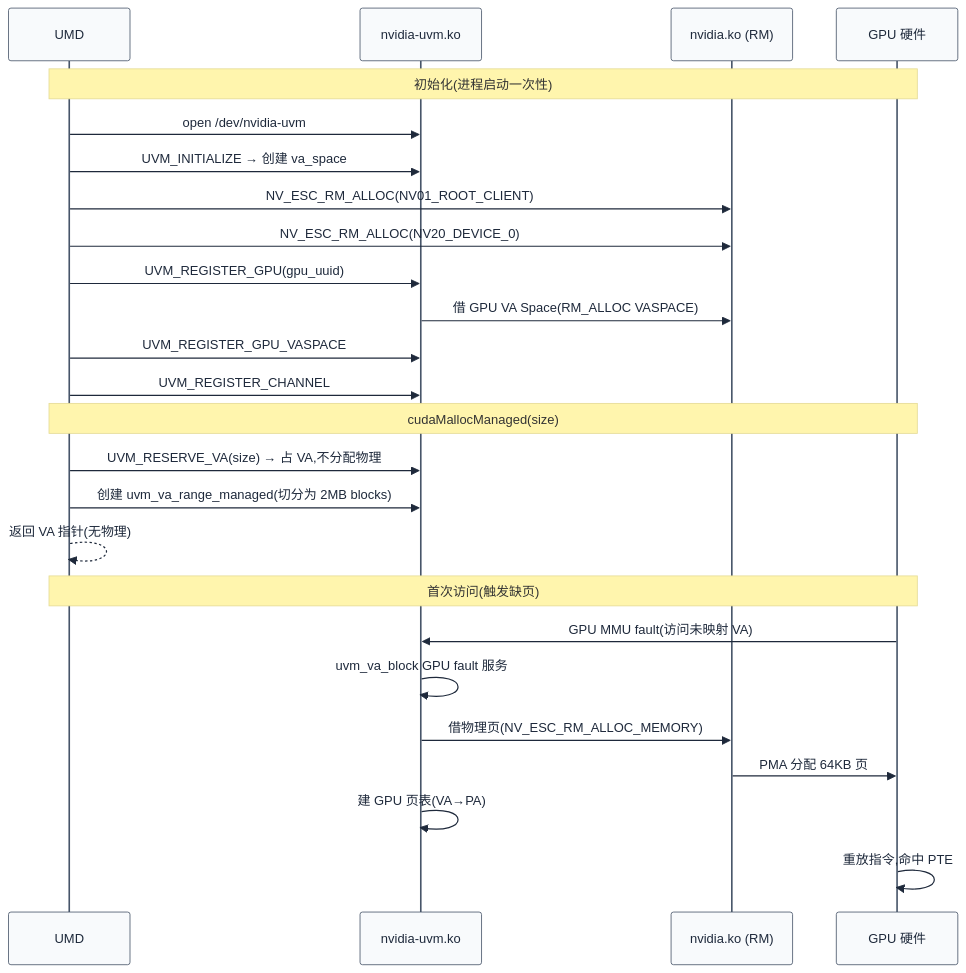
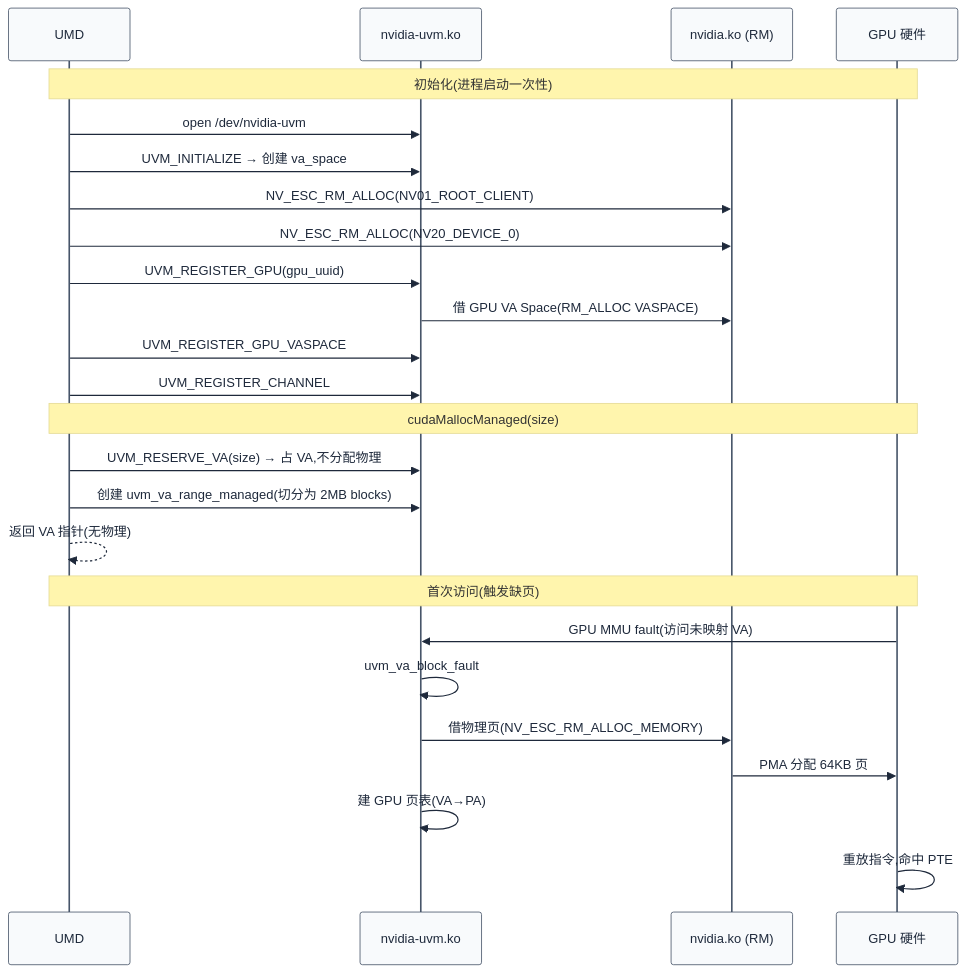
The third of 3 diagrams in nvidia-kmd/08-统一内存UVM.md (swjtuer326/cs-learning-notes), drawn with Mermaid before and after one commit. The commit also changed other lines of this file and 4 other files, not shown here.

````diff
--- a/nvidia-kmd/08-统一内存UVM.md
+++ b/nvidia-kmd/08-统一内存UVM.md
@@ -893,31 +893,31 @@
 ```mermaid
 %%{init: {"theme": "base", "themeVariables": {"primaryColor": "#f8fafc", "primaryTextColor": "#1e293b", "primaryBorderColor": "#475569", "lineColor": "#64748b", "secondaryColor": "#f1f5f9", "secondaryBorderColor": "#94a3b8", "tertiaryColor": "#f8fafc", "fontFamily": "\"trebuchet ms\", verdana, arial, sans-serif"}}}%%
 sequenceDiagram
     participant U as UMD
     participant K as nvidia-uvm.ko
     participant R as nvidia.ko (RM)
     participant HW as GPU 硬件
 
     Note over U,HW: 初始化(进程启动一次性)
     U->>K: open /dev/nvidia-uvm
     U->>K: UVM_INITIALIZE → 创建 va_space
     U->>R: NV_ESC_RM_ALLOC(NV01_ROOT_CLIENT)
     U->>R: NV_ESC_RM_ALLOC(NV20_DEVICE_0)
     U->>K: UVM_REGISTER_GPU(gpu_uuid)
     K->>R: 借 GPU VA Space(RM_ALLOC VASPACE)
     U->>K: UVM_REGISTER_GPU_VASPACE
     U->>K: UVM_REGISTER_CHANNEL
 
     Note over U,HW: cudaMallocManaged(size)
     U->>K: UVM_RESERVE_VA(size) → 占 VA,不分配物理
     U->>K: 创建 uvm_va_range_managed(切分为 2MB blocks)
     U-->>U: 返回 VA 指针(无物理)
 
     Note over U,HW: 首次访问(触发缺页)
     HW->>K: GPU MMU fault(访问未映射 VA)
-    K->>K: uvm_va_block GPU fault 服务
+    K->>K: uvm_va_block_fault
     K->>R: 借物理页(NV_ESC_RM_ALLOC_MEMORY)
     R->>HW: PMA 分配 64KB 页
     K->>K: 建 GPU 页表(VA→PA)
     HW->>HW: 重放指令,命中 PTE
 ```
````
